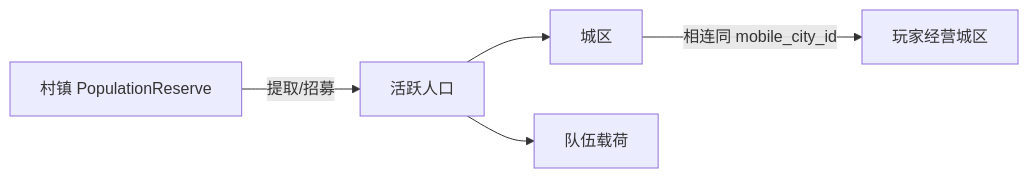
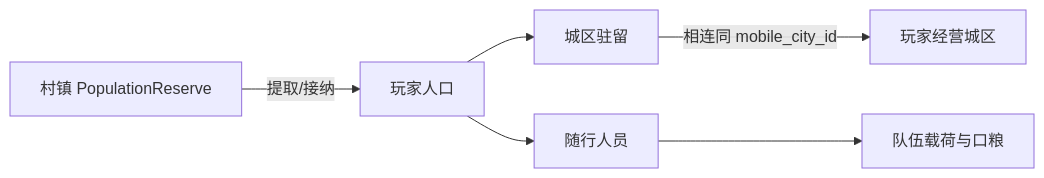
Before and after one commit to Estrella6066773/DriveToLight: the third of 4 diagrams in Docs/01-草稿/口粮与周总结/口粮与周总结-流程与待决.md, drawn with Mermaid. The commit also changed other lines of this file and 23 other files, not shown here.

````diff
--- a/Docs/01-草稿/口粮与周总结/口粮与周总结-流程与待决.md
+++ b/Docs/01-草稿/口粮与周总结/口粮与周总结-流程与待决.md
@@ -65,7 +62,8 @@
 ```mermaid
 flowchart LR
-    Reserve[村镇 PopulationReserve] -->|"提取/招募"| Active[活跃人口]
-    Active --> District[城区]
-    Active --> TeamCargo[队伍载荷]
+    Reserve[村镇 PopulationReserve] -->|"提取/接纳"| Active[玩家人口]
+    Active --> District[城区驻留]
+    Active --> Escort[随行人员]
+    Escort --> TeamCargo[队伍载荷与口粮]
     District -->|"相连同 mobile_city_id"| District2[玩家经营城区]
 ```
````
